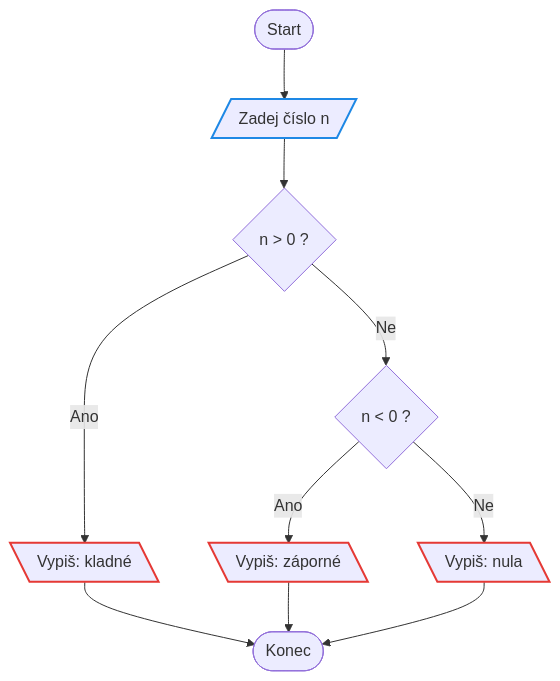
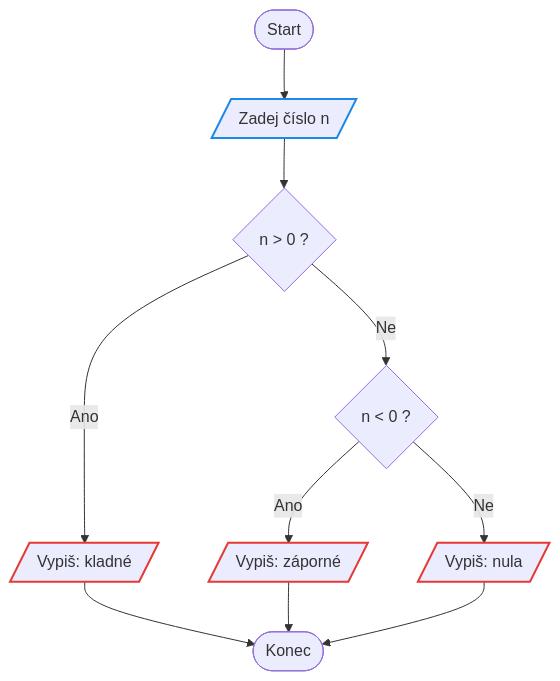
The ninth of 15 diagrams in 3Hodina/reseni.md (zeman-delta/Prvaci2026), drawn with Mermaid before and after one commit. The commit also changed other lines of this file and 1 other file, not shown here.

````diff
--- a/3Hodina/reseni.md
+++ b/3Hodina/reseni.md
@@ -208,17 +208,17 @@
 ```mermaid
 flowchart TD
     S([Start]) --> V[/"Zadej číslo n"/]
     V --> D1{"n > 0 ?"}
-    D1 -->|Ano| O1[\"Vypiš: kladné"\]
+    D1 -->|Ano| O1[/"Vypiš: kladné"/]
     D1 -->|Ne| D2{"n < 0 ?"}
-    D2 -->|Ano| O2[\"Vypiš: záporné"\]
-    D2 -->|Ne| O3[\"Vypiš: nula"\]
+    D2 -->|Ano| O2[/"Vypiš: záporné"/]
+    D2 -->|Ne| O3[/"Vypiš: nula"/]
     O1 --> K([Konec])
     O2 --> K
     O3 --> K
 
     classDef vstup stroke:#1e88e5,stroke-width:2px
     classDef vystup stroke:#e53935,stroke-width:2px
     class V vstup
     class O1,O2,O3 vystup
 ```
````
